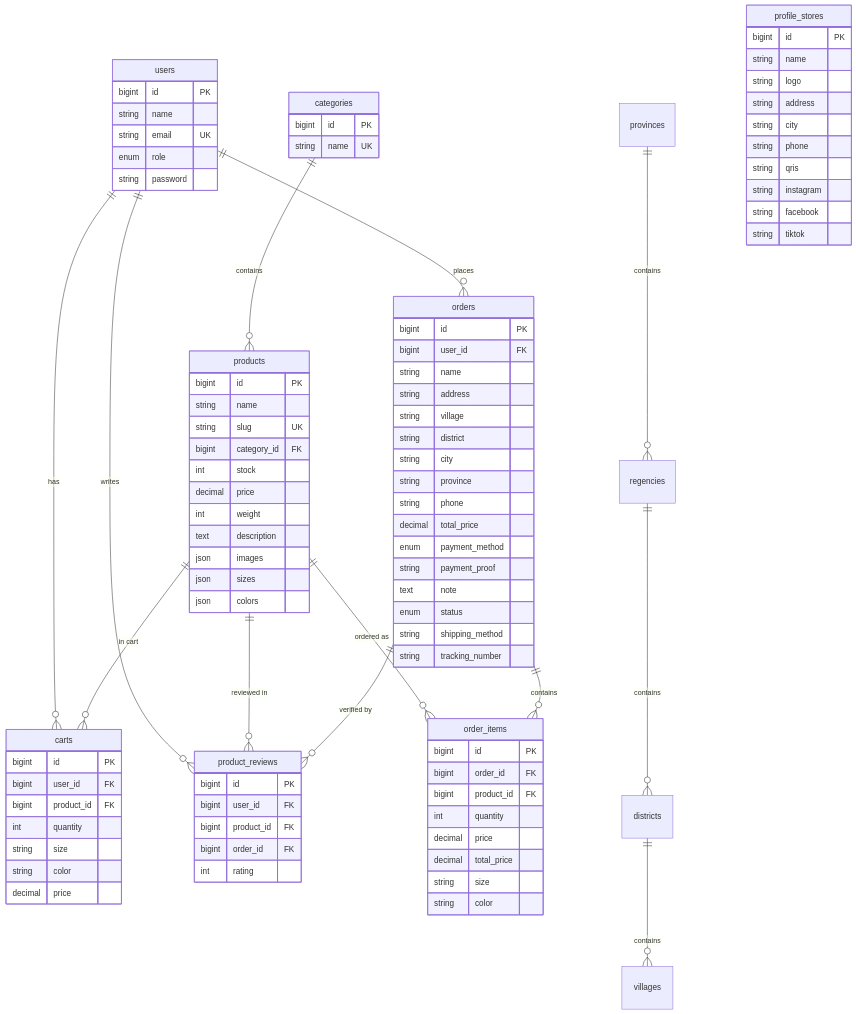
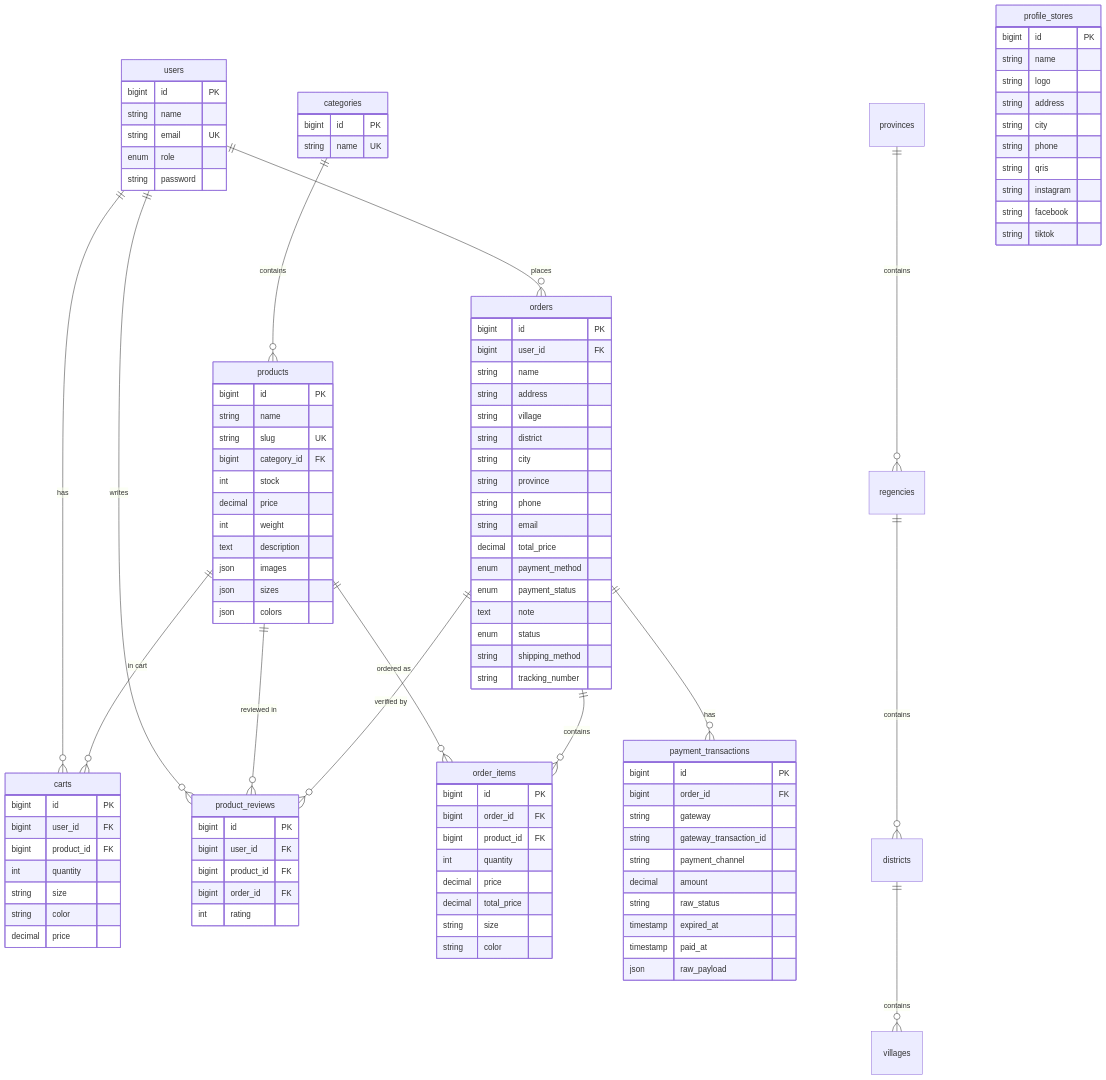
Before and after one commit to Vilamuzz/Nyuwi-Creation-Project: the diagram in docs/05_BACKEND_SCHEMA.md, drawn with Mermaid. The commit also changed other lines of this file and 66 other files, not shown here.

```diff
--- a/docs/05_BACKEND_SCHEMA.md
+++ b/docs/05_BACKEND_SCHEMA.md
@@ -271,6 +301,7 @@
 
     orders ||--o{ order_items : "contains"
     orders ||--o{ product_reviews : "verified by"
+    orders ||--o{ payment_transactions : "has"
 
     provinces ||--o{ regencies : "contains"
     regencies ||--o{ districts : "contains"
@@ -323,13 +354,27 @@
         string city
         string province
         string phone
+        string email
         decimal total_price
         enum payment_method
-        string payment_proof
+        enum payment_status
         text note
         enum status
         string shipping_method
         string tracking_number
+    }
+
+    payment_transactions {
+        bigint id PK
+        bigint order_id FK
+        string gateway
+        string gateway_transaction_id
+        string payment_channel
+        decimal amount
+        string raw_status
+        timestamp expired_at
+        timestamp paid_at
+        json raw_payload
     }
 
     order_items {
```
